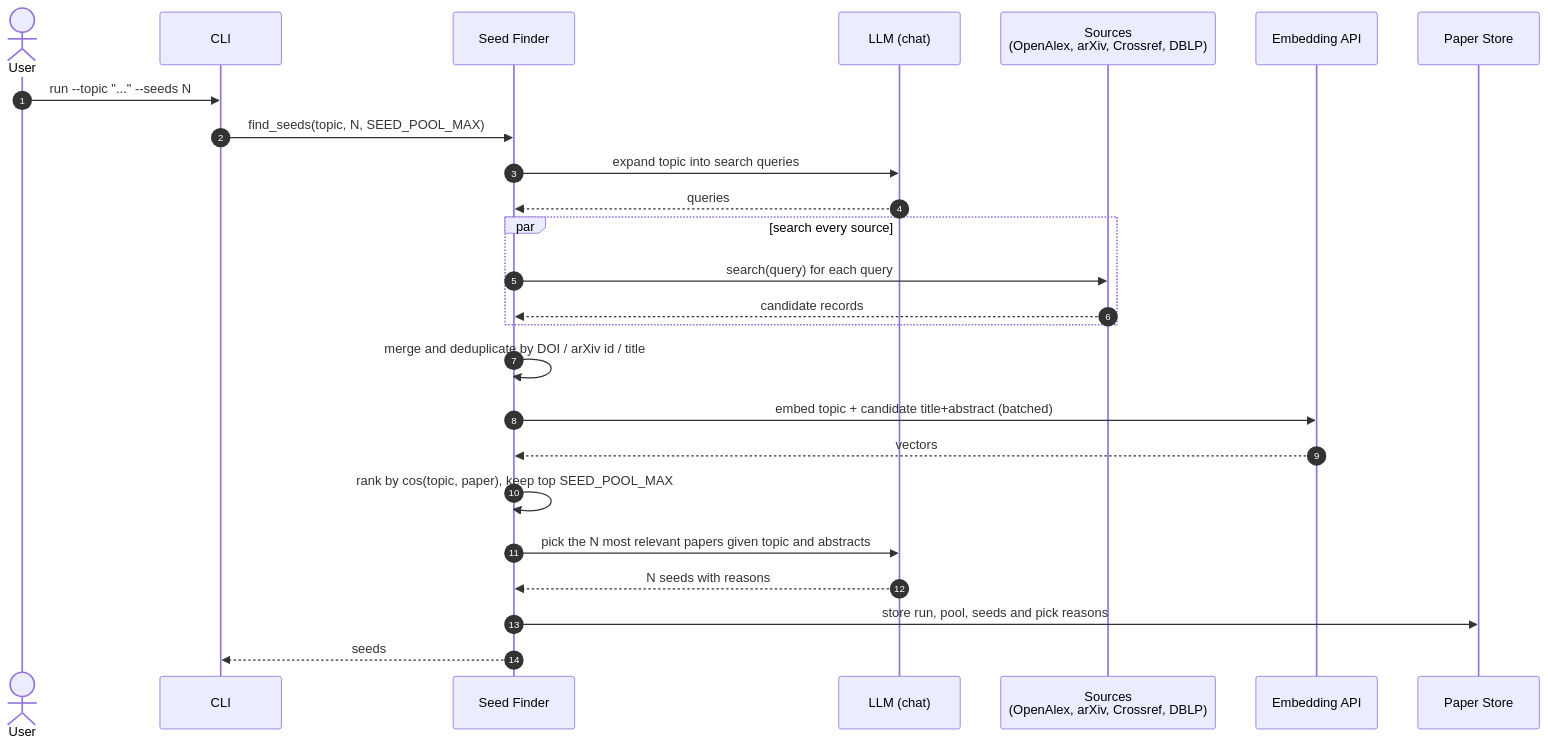
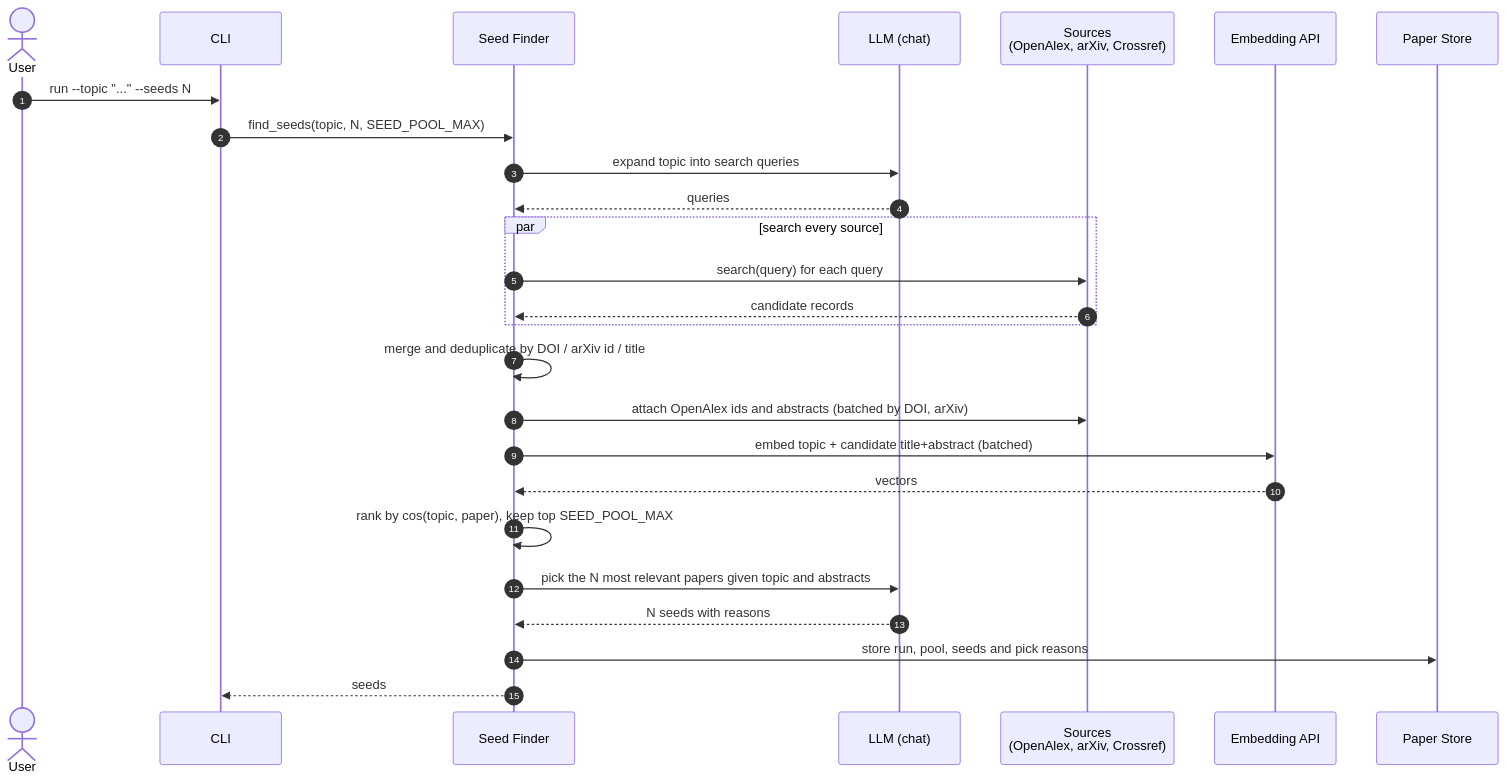
One commit to soorimess/litscout changed the first of 6 diagrams in docs/sequence-diagrams.md. Above: the diagram before and after it, drawn with Mermaid. The commit also changed other lines of this file and 14 other files, not shown here.

````diff
--- a/docs/sequence-diagrams.md
+++ b/docs/sequence-diagrams.md
@@ -7,28 +7,29 @@
 ```mermaid
 sequenceDiagram
     autonumber
     actor User
     participant CLI
     participant SF as Seed Finder
     participant LLM as LLM (chat)
-    participant SRC as Sources<br/>(OpenAlex, arXiv, Crossref, DBLP)
+    participant SRC as Sources<br/>(OpenAlex, arXiv, Crossref)
     participant EMB as Embedding API
     participant DB as Paper Store
 
     User->>CLI: run --topic "..." --seeds N
     CLI->>SF: find_seeds(topic, N, SEED_POOL_MAX)
     SF->>LLM: expand topic into search queries
     LLM-->>SF: queries
     par search every source
         SF->>SRC: search(query) for each query
         SRC-->>SF: candidate records
     end
     SF->>SF: merge and deduplicate by DOI / arXiv id / title
+    SF->>SRC: attach OpenAlex ids and abstracts (batched by DOI, arXiv)
     SF->>EMB: embed topic + candidate title+abstract (batched)
     EMB-->>SF: vectors
     SF->>SF: rank by cos(topic, paper), keep top SEED_POOL_MAX
     SF->>LLM: pick the N most relevant papers given topic and abstracts
     LLM-->>SF: N seeds with reasons
     SF->>DB: store run, pool, seeds and pick reasons
     SF-->>CLI: seeds
 ```
````
